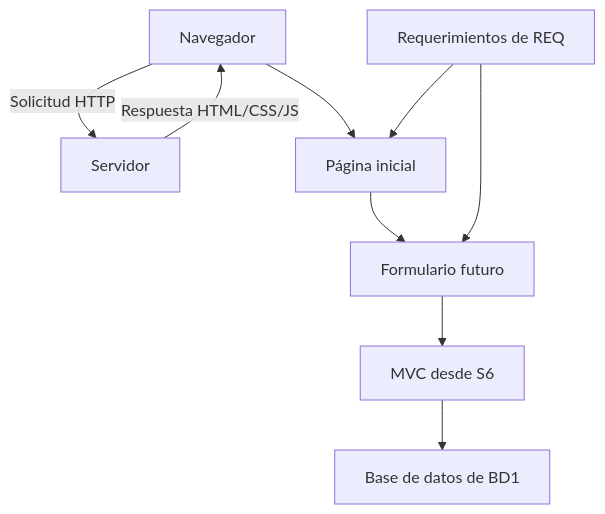
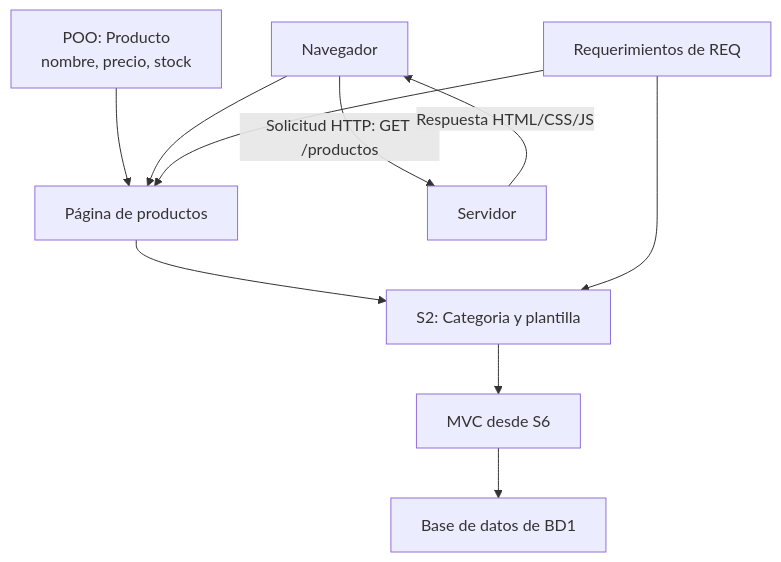
One commit to 262ciclo3/bomstart changed the second of 2 diagrams in docs/lp1/sesiones/S01_Arquitectura_Web_HTTP.md. Above: the diagram before and after it, drawn with Mermaid. The commit also changed other lines of this file and 14 other files, not shown here.

````diff
--- a/docs/lp1/sesiones/S01_Arquitectura_Web_HTTP.md
+++ b/docs/lp1/sesiones/S01_Arquitectura_Web_HTTP.md
@@ -92,11 +93,12 @@
 ```mermaid
 flowchart TB
-    A[Navegador] -->|Solicitud HTTP| B[Servidor]
+    P[POO: Producto<br/>nombre, precio, stock] --> C[Página de productos]
+    A[Navegador] -->|Solicitud HTTP: GET /productos| B[Servidor]
     B -->|Respuesta HTML/CSS/JS| A
-    A --> C[Página inicial]
-    C --> D[Formulario futuro]
+    A --> C
+    C --> D[S2: Categoria y plantilla]
     D --> E[MVC desde S6]
     E --> F[Base de datos de BD1]
     G[Requerimientos de REQ] --> C
     G --> D
 ```
````
